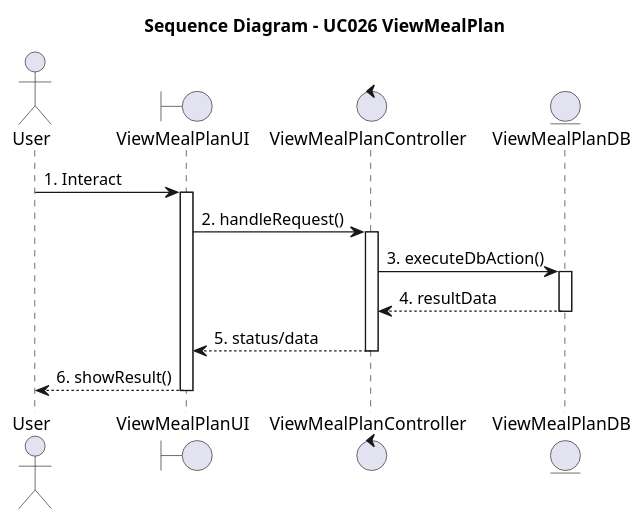
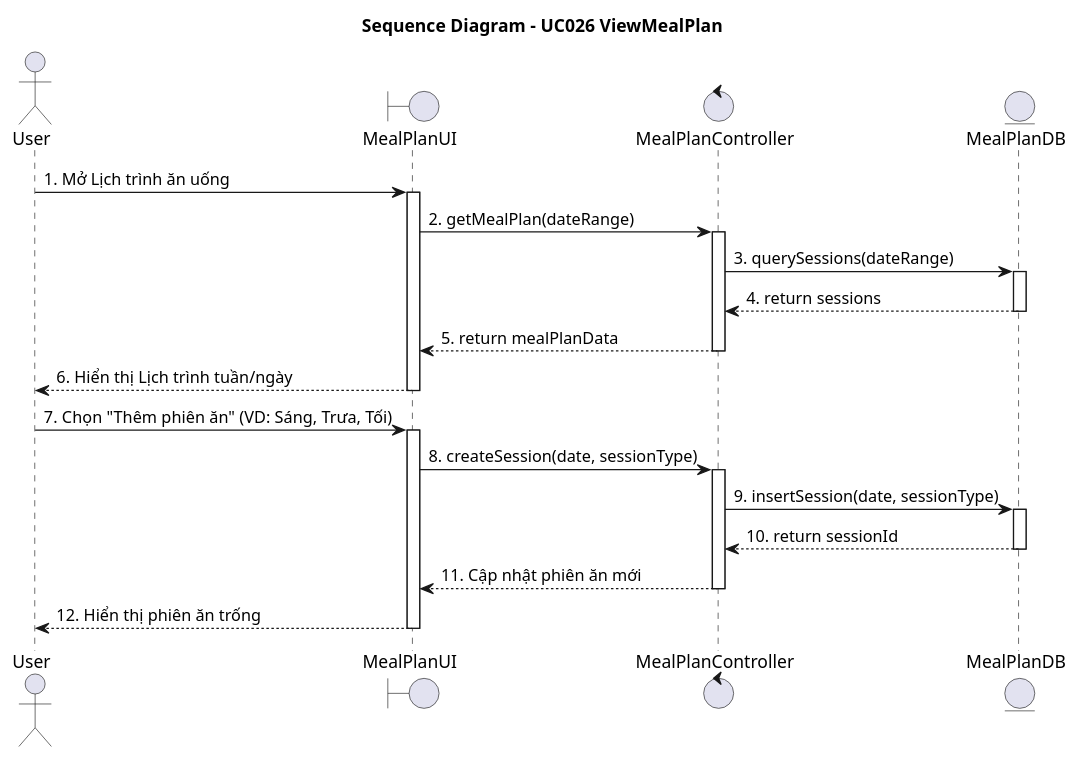
Before and after one commit to Alt2210/NaviMart: the diagram in diagrams/Module_5_MealPlanner/UC026_Xem_lịch_trình_và_Tạo_phiên_ăn_Sequence.puml, drawn with PlantUML. The commit also changed 31 other files, not shown here.

```diff
--- a/diagrams/Module_5_MealPlanner/UC026_Xem_lịch_trình_và_Tạo_phiên_ăn_Sequence.puml
+++ b/diagrams/Module_5_MealPlanner/UC026_Xem_lịch_trình_và_Tạo_phiên_ăn_Sequence.puml
@@ -1,21 +1,34 @@
 @startuml
 title Sequence Diagram - UC026 ViewMealPlan
 
 actor "User" as Actor
-boundary "ViewMealPlanUI" as UI
-control "ViewMealPlanController" as Controller
-entity "ViewMealPlanDB" as Entity
+boundary "MealPlanUI" as UI
+control "MealPlanController" as Controller
+entity "MealPlanDB" as Entity
 
-Actor -> UI : 1. Interact
+Actor -> UI : 1. Mở Lịch trình ăn uống
 activate UI
-UI -> Controller : 2. handleRequest()
+UI -> Controller : 2. getMealPlan(dateRange)
 activate Controller
-Controller -> Entity : 3. executeDbAction()
+Controller -> Entity : 3. querySessions(dateRange)
 activate Entity
-Entity --> Controller : 4. resultData
+Entity --> Controller : 4. return sessions
 deactivate Entity
-Controller --> UI : 5. status/data
+Controller --> UI : 5. return mealPlanData
 deactivate Controller
-UI --> Actor : 6. showResult()
+UI --> Actor : 6. Hiển thị Lịch trình tuần/ngày
+deactivate UI
+
+Actor -> UI : 7. Chọn "Thêm phiên ăn" (VD: Sáng, Trưa, Tối)
+activate UI
+UI -> Controller : 8. createSession(date, sessionType)
+activate Controller
+Controller -> Entity : 9. insertSession(date, sessionType)
+activate Entity
+Entity --> Controller : 10. return sessionId
+deactivate Entity
+Controller --> UI : 11. Cập nhật phiên ăn mới
+deactivate Controller
+UI --> Actor : 12. Hiển thị phiên ăn trống
 deactivate UI
 @enduml
```
